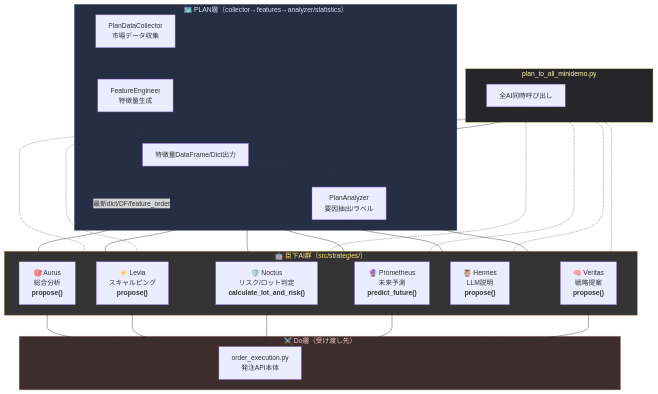
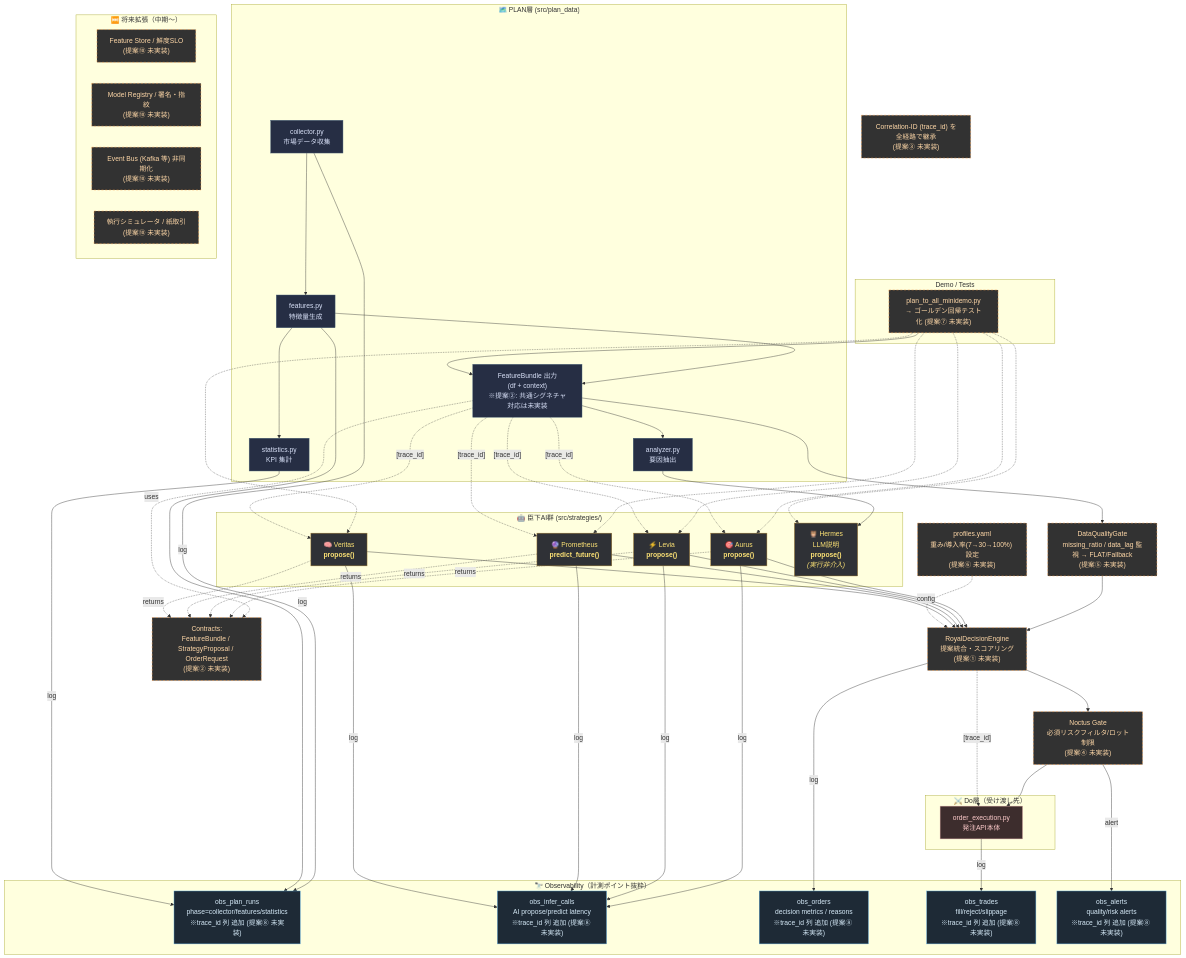
Before and after one commit to Noctria/noctria_kingdom: the diagram in docs/architecture/diagrams/plan_layer.mmd, drawn with Mermaid.

````diff
--- a/docs/architecture/diagrams/plan_layer.mmd
+++ b/docs/architecture/diagrams/plan_layer.mmd
@@ -1,68 +1,117 @@
+```mermaid
 flowchart TD
-  %% --- Plan層 ---
-  subgraph PLAN["🗺️ PLAN層（collector→features→analyzer/statistics）"]
-    COLLECT["PlanDataCollector<br>市場データ収集"]
-    FEATENG["FeatureEngineer<br>特徴量生成"]
-    FEATDF["特徴量DataFrame/Dict出力"]
-    ANALYZER["PlanAnalyzer<br>要因抽出/ラベル"]
+
+  %% ======= STYLES =======
+  classDef plan fill:#262e44,stroke:#47617a,color:#d8e0f7;
+  classDef ai fill:#2f3136,stroke:#a97e2c,color:#ffe476;
+  classDef do fill:#3d2d2d,stroke:#cc9999,color:#ffcccc;
+  classDef todo fill:#323232,stroke:#ff9f43,color:#ffd8a8,stroke-dasharray: 5 4;
+  classDef obs fill:#1e2a36,stroke:#5dade2,color:#d6eaf8;
+
+  %% ======= PLAN 層 =======
+  subgraph PLAN["🗺️ PLAN層 (src/plan_data)"]
+    COLLECT["collector.py<br/>市場データ収集"]:::plan
+    FEATURES["features.py<br/>特徴量生成"]:::plan
+    FEATDF["FeatureBundle 出力<br/>(df + context)<br/>※提案②: 共通シグネチャ対応は未実装"]:::plan
+    ANALYZER["analyzer.py<br/>要因抽出"]:::plan
+    STATS["statistics.py<br/>KPI 集計"]:::plan
   end
 
-  %% --- AI臣下たち ---
-  subgraph AI_UNDERLINGS["🤖 臣下AI群（src/strategies/）"]
-    AURUS["🎯 Aurus<br>総合分析<br><b>propose()</b>"]
-    LEVIA["⚡ Levia<br>スキャルピング<br><b>propose()</b>"]
-    NOCTUS["🛡️ Noctus<br>リスク/ロット判定<br><b>calculate_lot_and_risk()</b>"]
-    PROMETHEUS["🔮 Prometheus<br>未来予測<br><b>predict_future()</b>"]
-    HERMES["🦉 Hermes<br>LLM説明<br><b>propose()</b>"]
-    VERITAS["🧠 Veritas<br>戦略提案<br><b>propose()</b>"]
+  %% ======= AI 臣下（実行非介入の Hermes を含む） =======
+  subgraph AI_UNDERLINGS["🤖 臣下AI群 (src/strategies/)"]
+    AURUS["🎯 Aurus<br/><b>propose()</b>"]:::ai
+    LEVIA["⚡ Levia<br/><b>propose()</b>"]:::ai
+    PROM["🔮 Prometheus<br/><b>predict_future()</b>"]:::ai
+    VERITAS["🧠 Veritas<br/><b>propose()</b>"]:::ai
+    HERMES["🦉 Hermes<br/>LLM説明<br/><b>propose()</b><br/><i>(実行非介入)</i>"]:::ai
   end
 
-  %% --- D層（受け渡し先のみ） ---
+  %% ======= 決定統合＆リスクゲート（未実装） =======
+  DECISION["RoyalDecisionEngine<br/>提案統合・スコアリング<br/>(提案① 未実装)"]:::todo
+  NOCTUSGATE["Noctus Gate<br/>必須リスクフィルタ/ロット制限<br/>(提案④ 未実装)"]:::todo
+  QUALITY["DataQualityGate<br/>missing_ratio / data_lag 監視 → FLAT/Fallback<br/>(提案⑤ 未実装)"]:::todo
+  PROFILES["profiles.yaml<br/>重み/導入率(7→30→100%) 設定<br/>(提案⑥ 未実装)"]:::todo
+  CONTRACTS["Contracts:<br/>FeatureBundle / StrategyProposal / OrderRequest<br/>(提案② 未実装)"]:::todo
+  TRACEID["Correlation-ID (trace_id) を全経路で継承<br/>(提案③ 未実装)"]:::todo
+
+  %% ======= Do 層（受け渡し先） =======
   subgraph DO_LAYER["⚔️ Do層（受け渡し先）"]
-    ORDER["order_execution.py<br>発注API本体"]
+    ORDER["order_execution.py<br/>発注API本体"]:::do
   end
 
-  %% --- 連携 ---
-  COLLECT --> FEATENG
-  FEATENG --> FEATDF
-  FEATDF -->|最新dict/DF/feature_order| AURUS
-  FEATDF --> LEVIA
-  FEATDF --> NOCTUS
-  FEATDF --> PROMETHEUS
-  FEATDF --> VERITAS
+  %% ======= Demo / 回帰テスト化（未実装） =======
+  subgraph DEMO["Demo / Tests"]
+    GOLDEN["plan_to_all_minidemo.py<br/>→ ゴールデン回帰テスト化 (提案⑦ 未実装)"]:::todo
+  end
 
+  %% ======= Observability（計測ポイント抜粋） =======
+  subgraph OBS["🔭 Observability（計測ポイント抜粋）"]
+    OBS_PLAN["obs_plan_runs<br/>phase=collector/features/statistics<br/>※trace_id 列 追加 (提案⑧ 未実装)"]:::obs
+    OBS_INFER["obs_infer_calls<br/>AI propose/predict latency<br/>※trace_id 列 追加 (提案⑧ 未実装)"]:::obs
+    OBS_ORD["obs_orders<br/>decision metrics / reasons<br/>※trace_id 列 追加 (提案⑧ 未実装)"]:::obs
+    OBS_TRD["obs_trades<br/>fill/reject/slippage<br/>※trace_id 列 追加 (提案⑧ 未実装)"]:::obs
+    OBS_ALT["obs_alerts<br/>quality/risk alerts<br/>※trace_id 列 追加 (提案⑧ 未実装)"]:::obs
+  end
+
+  %% ======= 将来拡張（中期〜 長期、未実装） =======
+  subgraph FUTURE["⏭️ 将来拡張（中期〜）"]
+    FEAST["Feature Store / 鮮度SLO<br/>(提案⑩ 未実装)"]:::todo
+    REGISTRY["Model Registry / 署名・指紋<br/>(提案⑩ 未実装)"]:::todo
+    EVENTBUS["Event Bus (Kafka 等) 非同期化<br/>(提案⑩ 未実装)"]:::todo
+    SIM["執行シミュレータ / 紙取引<br/>(提案⑩ 未実装)"]:::todo
+  end
+
+  %% ======= PLAN フロー =======
+  COLLECT --> FEATURES --> STATS
+  FEATURES --> FEATDF
   FEATDF --> ANALYZER
   ANALYZER --> HERMES
 
-  %% --- D層への受け渡し ---
-  AURUS --> ORDER
-  LEVIA --> ORDER
-  NOCTUS --> ORDER
-  PROMETHEUS --> ORDER
-  VERITAS --> ORDER
+  %% ======= Contracts（未実装の連携） =======
+  FEATDF -. uses .-> CONTRACTS
+  AURUS -. returns .-> CONTRACTS
+  LEVIA -. returns .-> CONTRACTS
+  PROM  -. returns .-> CONTRACTS
+  VERITAS -. returns .-> CONTRACTS
 
-  %% --- サンプルデモ ---
-  subgraph DEMO["plan_to_all_minidemo.py"]
-    DEMOENTRY["全AI同時呼び出し"]
-  end
-  DEMOENTRY --> FEATDF
-  DEMOENTRY -.-> AURUS
-  DEMOENTRY -.-> LEVIA
-  DEMOENTRY -.-> NOCTUS
-  DEMOENTRY -.-> PROMETHEUS
-  DEMOENTRY -.-> HERMES
-  DEMOENTRY -.-> VERITAS
+  %% ======= 決定統合パス（未実装） =======
+  FEATDF --> QUALITY
+  QUALITY --> DECISION
+  AURUS --> DECISION
+  LEVIA --> DECISION
+  PROM --> DECISION
+  VERITAS --> DECISION
+  PROFILES -. config .-> DECISION
+  DECISION --> NOCTUSGATE
+  NOCTUSGATE --> ORDER
 
-  %% --- 装飾 ---
-  classDef plan fill:#262e44,stroke:#47617a,color:#d8e0f7
-  classDef ai fill:#333,color:#ffe476,stroke:#a97e2c
-  classDef demo fill:#25252a,stroke:#f6e58d,color:#fffaad
-  classDef do fill:#3d2d2d,stroke:#cc9999,color:#ffcccc
+  %% ======= Demo 経路 =======
+  GOLDEN --> FEATDF
+  GOLDEN -.-> AURUS
+  GOLDEN -.-> LEVIA
+  GOLDEN -.-> PROM
+  GOLDEN -.-> VERITAS
+  GOLDEN -.-> HERMES
 
-  class PLAN plan
-  class AI_UNDERLINGS ai
-  class DEMO demo
-  class DO_LAYER do
+  %% ======= Observability タップ =======
+  COLLECT  -->|log| OBS_PLAN
+  FEATURES -->|log| OBS_PLAN
+  STATS    -->|log| OBS_PLAN
+  AURUS    -->|log| OBS_INFER
+  LEVIA    -->|log| OBS_INFER
+  PROM     -->|log| OBS_INFER
+  VERITAS  -->|log| OBS_INFER
+  DECISION -->|log| OBS_ORD
+  NOCTUSGATE -->|alert| OBS_ALT
+  ORDER    -->|log| OBS_TRD
 
-  %% --- 補足 ---
-  click DEMOENTRY "https://github.com/your_repo/src/plan_data/plan_to_all_minidemo.py" "サンプル実装ファイル"
+  %% ======= trace_id 注釈（未実装） =======
+  FEATDF -. "[trace_id]" .-> AURUS
+  FEATDF -. "[trace_id]" .-> LEVIA
+  FEATDF -. "[trace_id]" .-> PROM
+  FEATDF -. "[trace_id]" .-> VERITAS
+  DECISION -. "[trace_id]" .-> ORDER
+
+  %% ======= クリック参照 =======
+  click GOLDEN "https://github.com/your_repo/src/plan_data/plan_to_all_minidemo.py" "サンプル実装ファイル"
+```
````
